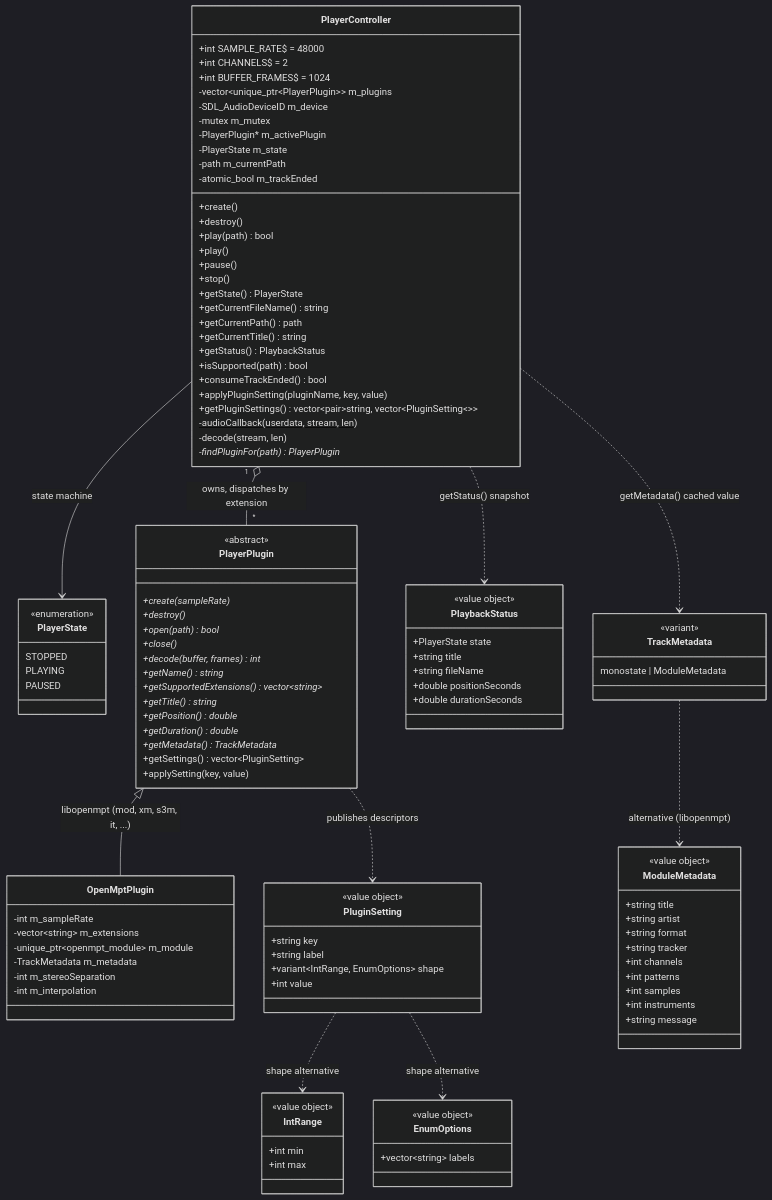
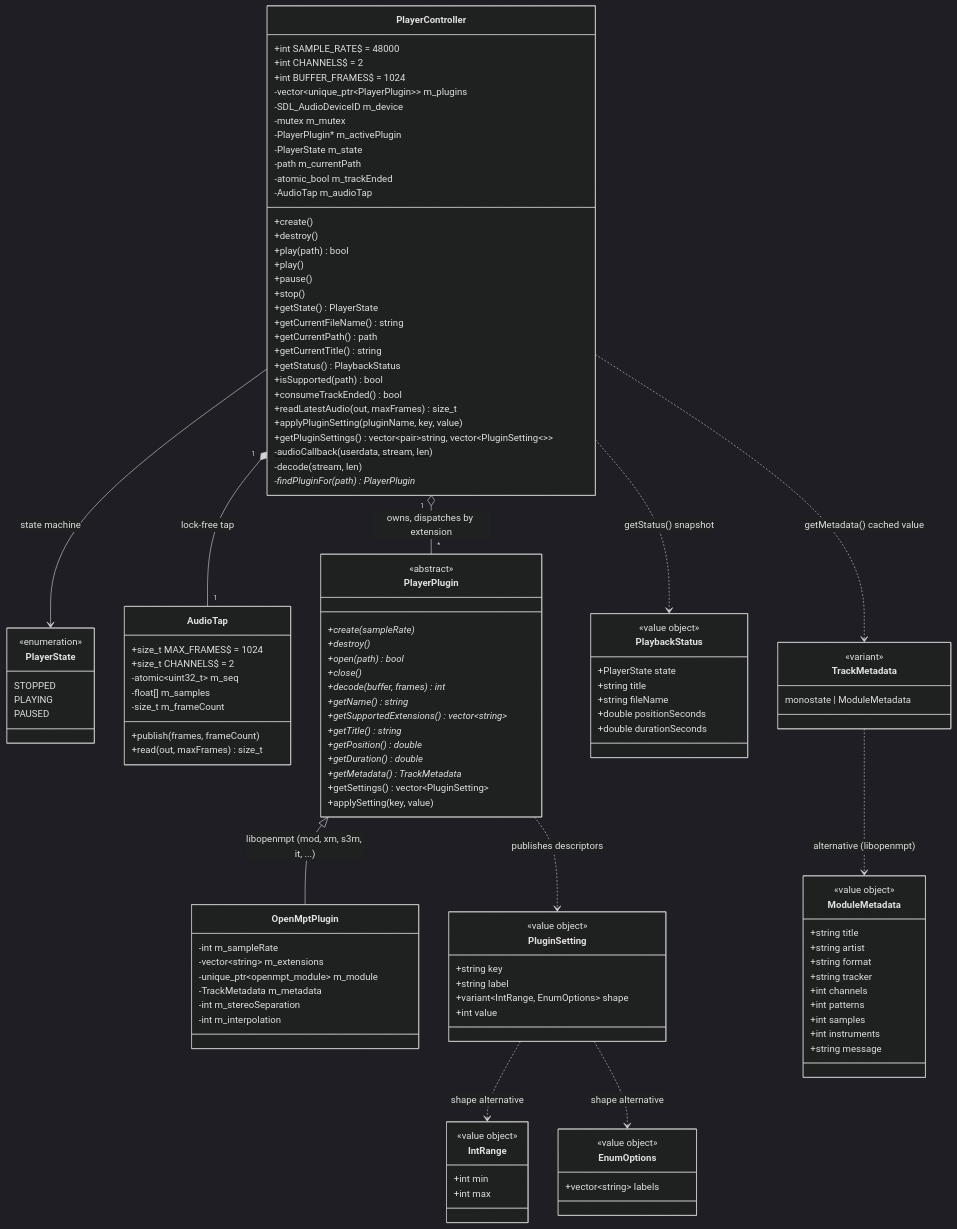
One commit to notnotme/osp2 changed the diagram in docs/audio.md. Above: the diagram before and after it, drawn with Mermaid (dark theme). The commit also changed other lines of this file and 5 other files, not shown here.

First line of the commit message:
feat: audio tap for visualization (TODO_8 8a)

```diff
--- a/docs/audio.md
+++ b/docs/audio.md
@@ -22,6 +22,7 @@
         -PlayerState m_state
         -path m_currentPath
         -atomic_bool m_trackEnded
+        -AudioTap m_audioTap
         +create()
         +destroy()
         +play(path) bool
@@ -35,11 +36,22 @@
         +getStatus() PlaybackStatus
         +isSupported(path) bool
         +consumeTrackEnded() bool
+        +readLatestAudio(out, maxFrames) size_t
         +applyPluginSetting(pluginName, key, value)
         +getPluginSettings() vector~pair~string, vector~PluginSetting~~~
         -audioCallback(userdata, stream, len)$
         -decode(stream, len)
         -findPluginFor(path) PlayerPlugin*
+    }
+
+    class AudioTap {
+        +size_t MAX_FRAMES$ = 1024
+        +size_t CHANNELS$ = 2
+        -atomic~uint32_t~ m_seq
+        -float[] m_samples
+        -size_t m_frameCount
+        +publish(frames, frameCount)
+        +read(out, maxFrames) size_t
     }
 
     class PlayerPlugin {
@@ -118,6 +130,7 @@
     PlayerController ..> PlaybackStatus : getStatus() snapshot
     PlayerController ..> TrackMetadata : getMetadata() cached value
     PlayerController "1" o-- "*" PlayerPlugin : owns, dispatches by extension
+    PlayerController "1" *-- "1" AudioTap : lock-free tap
     PlayerPlugin <|-- OpenMptPlugin : libopenmpt (mod, xm, s3m, it, ...)
     TrackMetadata ..> ModuleMetadata : alternative (libopenmpt)
     PlayerPlugin ..> PluginSetting : publishes descriptors
```
